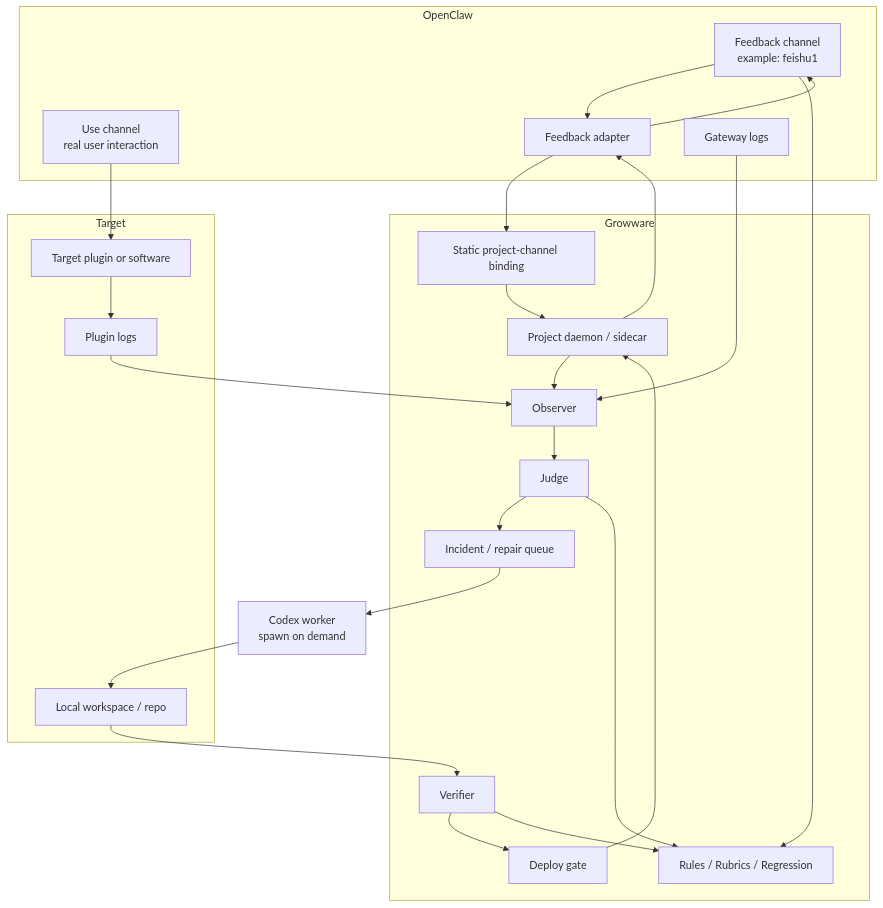
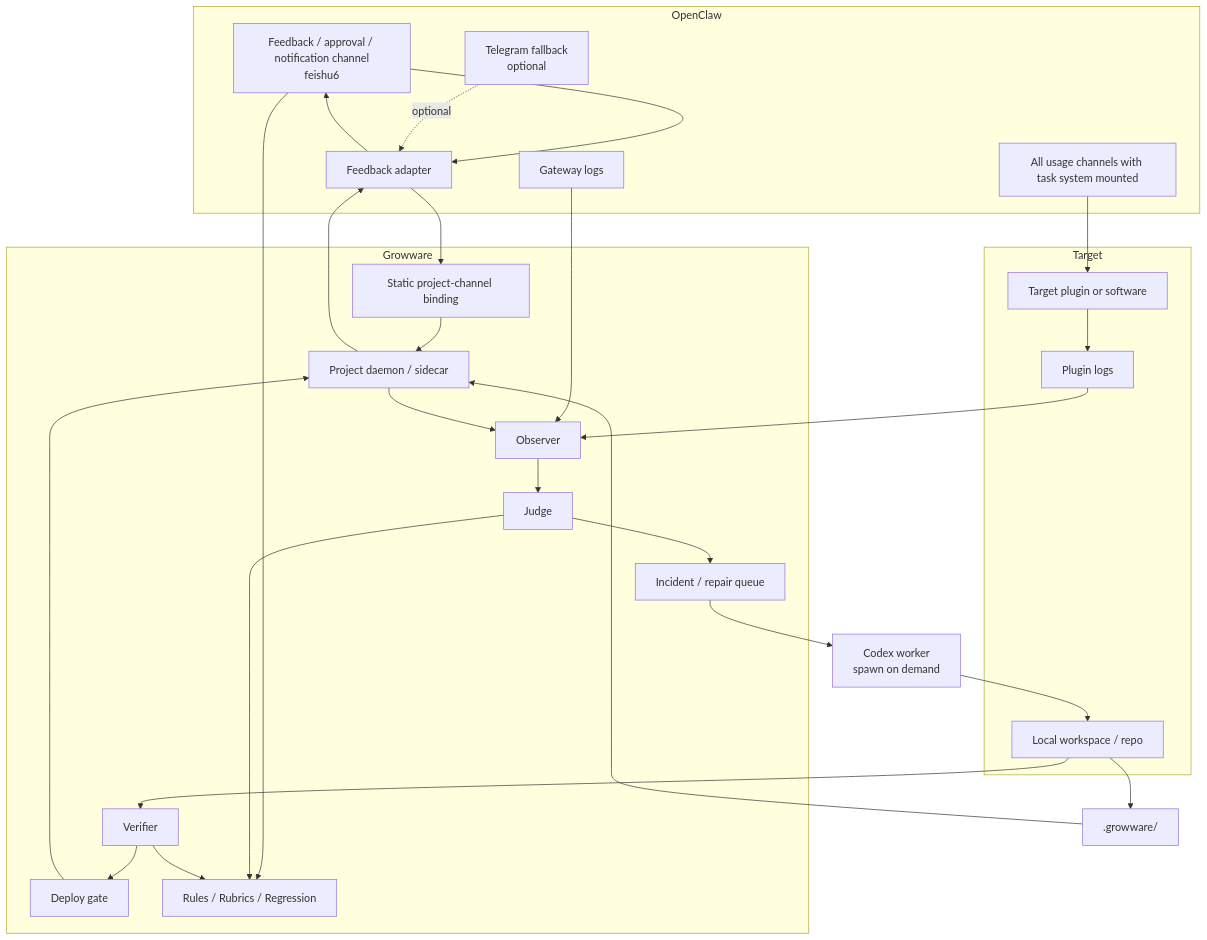
One commit to redcreen/Growware changed the first of 2 diagrams in docs/architecture.md. Above: the diagram before and after it, drawn with Mermaid. The commit also changed other lines of this file and 7 other files, not shown here.

````diff
--- a/docs/architecture.md
+++ b/docs/architecture.md
@@ -64,52 +69,56 @@
 ```mermaid
 flowchart TD
     subgraph OpenClaw
-        A[Feedback channel\nexample: feishu1]
-        B[Use channel\nreal user interaction]
+        A[Feedback / approval / notification channel\nfeishu6]
+        B[All usage channels with task system mounted]
         Adapter[Feedback adapter]
         GatewayLogs[Gateway logs]
+        TG[Telegram fallback\noptional]
     end
 
     subgraph Growware
         Binding[Static project-channel binding]
         Daemon[Project daemon / sidecar]
         Observer[Observer]
         Judge[Judge]
         Queue[Incident / repair queue]
         Verifier[Verifier]
         Gate[Deploy gate]
         Memory[Rules / Rubrics / Regression]
     end
 
     subgraph Target
         Plugin[Target plugin or software]
         PluginLogs[Plugin logs]
         Workspace[Local workspace / repo]
     end
 
     Codex[Codex worker\nspawn on demand]
 
     A --> Adapter
     Adapter --> Binding
     Binding --> Daemon
+    TG -. optional .-> Adapter
 
     B --> Plugin
     Plugin --> PluginLogs
     GatewayLogs --> Observer
     PluginLogs --> Observer
     Daemon --> Observer
 
     Observer --> Judge
     Judge --> Queue
     Queue --> Codex
     Codex --> Workspace
     Workspace --> Verifier
     Verifier --> Gate
     Gate --> Daemon
     Daemon --> Adapter
     Adapter --> A
 
     A --> Memory
     Judge --> Memory
     Verifier --> Memory
+    Workspace --> LocalRules[.growware/]
+    LocalRules --> Daemon
 ```
````
